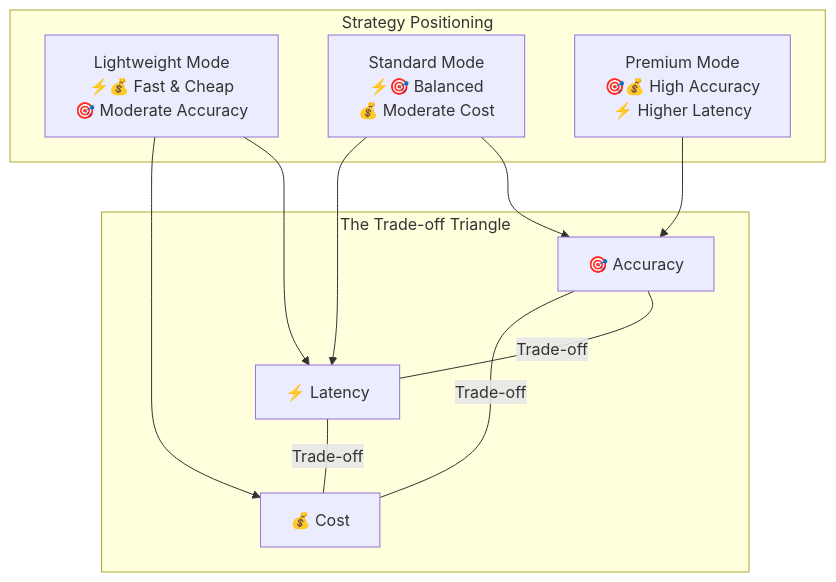
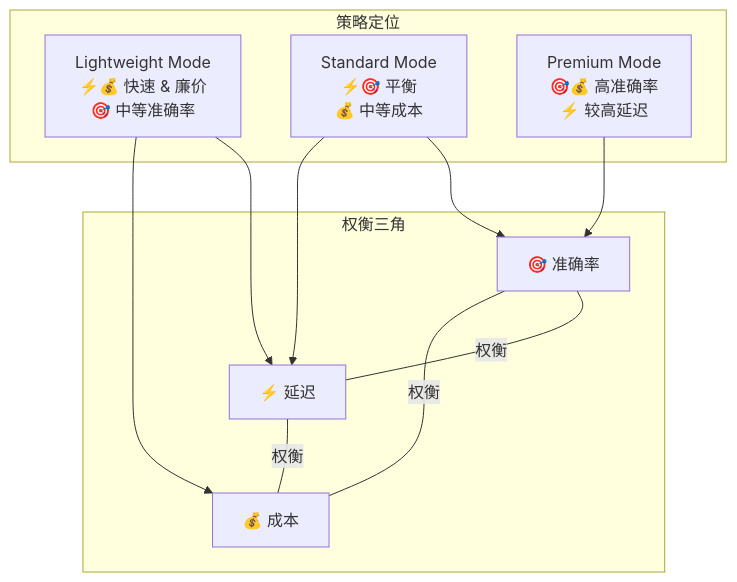
One commit to vllm-project/semantic-router changed the third of 14 diagrams in website/i18n/zh-Hans/docusaurus-plugin-content-docs/current/proposals/hallucination-mitigation-milestone.md. Above: the diagram before and after it, drawn with Mermaid. The commit also changed other lines of this file and 7 other files, not shown here.

````diff
--- a/website/i18n/zh-Hans/docusaurus-plugin-content-docs/current/proposals/hallucination-mitigation-milestone.md
+++ b/website/i18n/zh-Hans/docusaurus-plugin-content-docs/current/proposals/hallucination-mitigation-milestone.md
@@ -302,24 +296,24 @@
 ```mermaid
 graph TD
-    subgraph "The Trade-off Triangle"
-        ACC[🎯 Accuracy]
-        LAT[⚡ Latency]
-        COST[💰 Cost]
+    subgraph "权衡三角"
+        ACC[🎯 准确率]
+        LAT[⚡ 延迟]
+        COST[💰 成本]
 
-        ACC ---|Trade-off| LAT
-        LAT ---|Trade-off| COST
-        COST ---|Trade-off| ACC
+        ACC ---|权衡| LAT
+        LAT ---|权衡| COST
+        COST ---|权衡| ACC
     end
 
-    subgraph "Strategy Positioning"
-        L[Lightweight Mode<br/>⚡💰 Fast & Cheap<br/>🎯 Moderate Accuracy]
-        S[Standard Mode<br/>⚡🎯 Balanced<br/>💰 Moderate Cost]
-        P[Premium Mode<br/>🎯💰 High Accuracy<br/>⚡ Higher Latency]
+    subgraph "策略定位"
+        L[Lightweight Mode<br/>⚡💰 快速 & 廉价<br/>🎯 中等准确率]
+        S[Standard Mode<br/>⚡🎯 平衡<br/>💰 中等成本]
+        P[Premium Mode<br/>🎯💰 高准确率<br/>⚡ 较高延迟]
     end
 
     L --> LAT
     L --> COST
     S --> ACC
     S --> LAT
     P --> ACC
 ```
````
